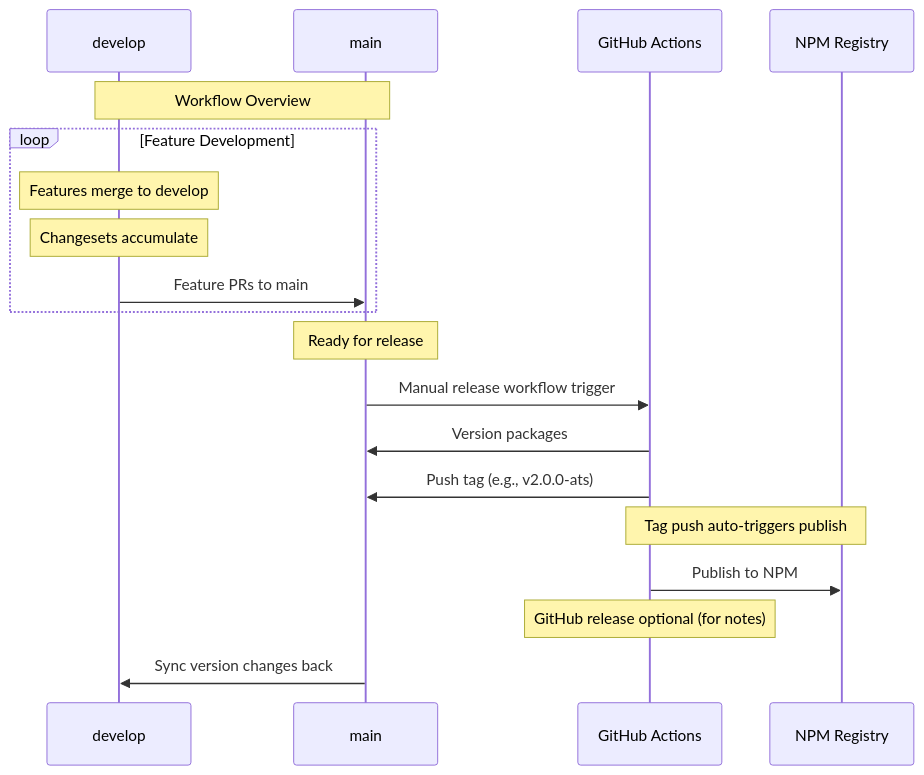
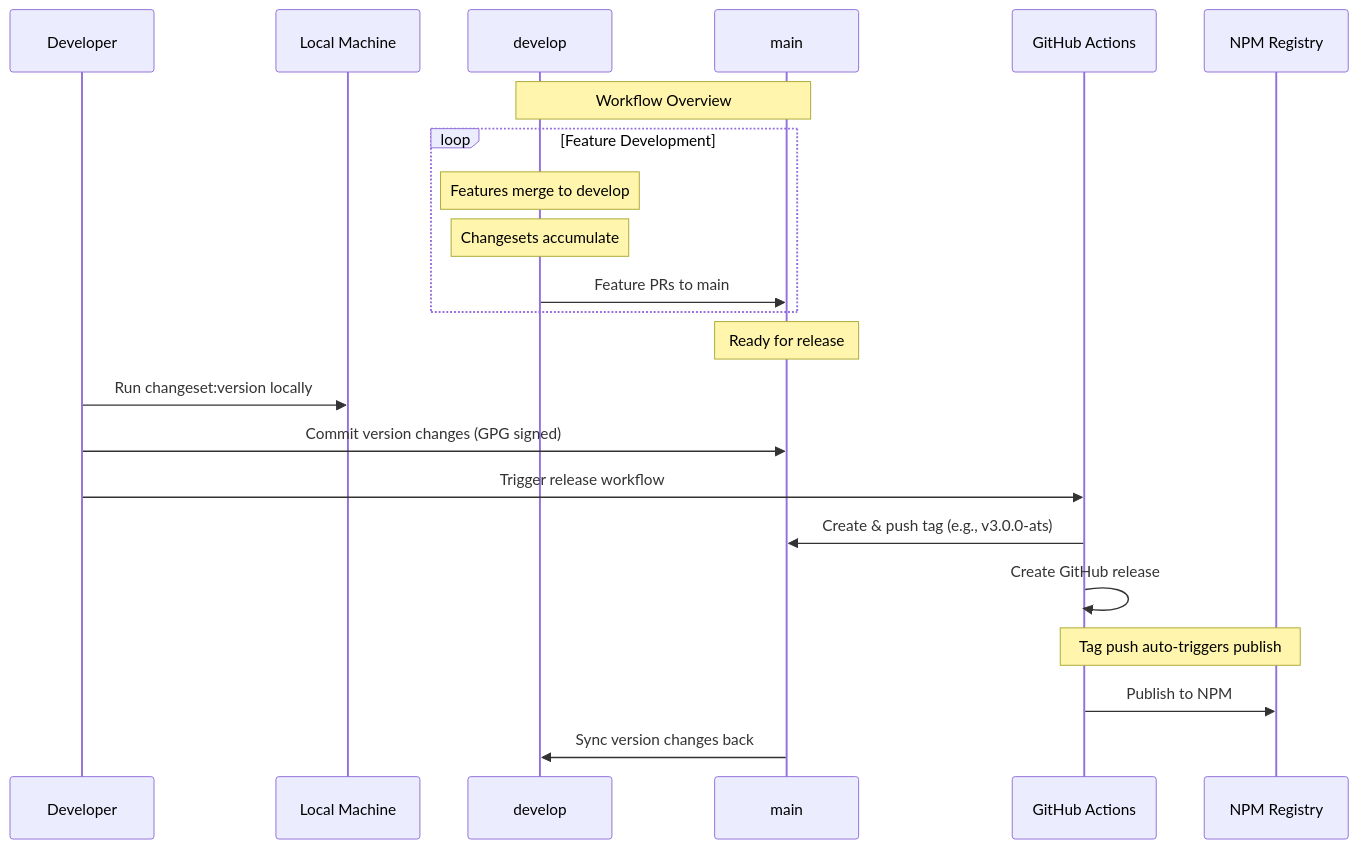
One commit to hashgraph/asset-tokenization-studio changed the fifth of 5 diagrams in .github/WORKFLOWS.md. Above: the diagram before and after it, drawn with Mermaid. The commit also changed other lines of this file and 3 other files, not shown here.

Commit message:
fix: pipeline release workflows for ATS

````diff
--- a/.github/WORKFLOWS.md
+++ b/.github/WORKFLOWS.md
@@ -267,25 +319,28 @@
 ```mermaid
 sequenceDiagram
+    participant Dev as Developer
+    participant Local as Local Machine
     participant D as develop
     participant M as main
     participant GH as GitHub Actions
     participant NPM as NPM Registry
 
     Note over D,M: Workflow Overview
 
     loop Feature Development
         Note over D: Features merge to develop
         Note over D: Changesets accumulate
         D->>M: Feature PRs to main
     end
 
     Note over M: Ready for release
-    M->>GH: Manual release workflow trigger
-    GH->>M: Version packages
-    GH->>M: Push tag (e.g., v2.0.0-ats)
+    Dev->>Local: Run changeset:version locally
+    Dev->>M: Commit version changes (GPG signed)
+    Dev->>GH: Trigger release workflow
+    GH->>M: Create & push tag (e.g., v3.0.0-ats)
+    GH->>GH: Create GitHub release
     Note over GH,NPM: Tag push auto-triggers publish
     GH->>NPM: Publish to NPM
-    Note over GH: GitHub release optional (for notes)
 
     M->>D: Sync version changes back
 ```
````
